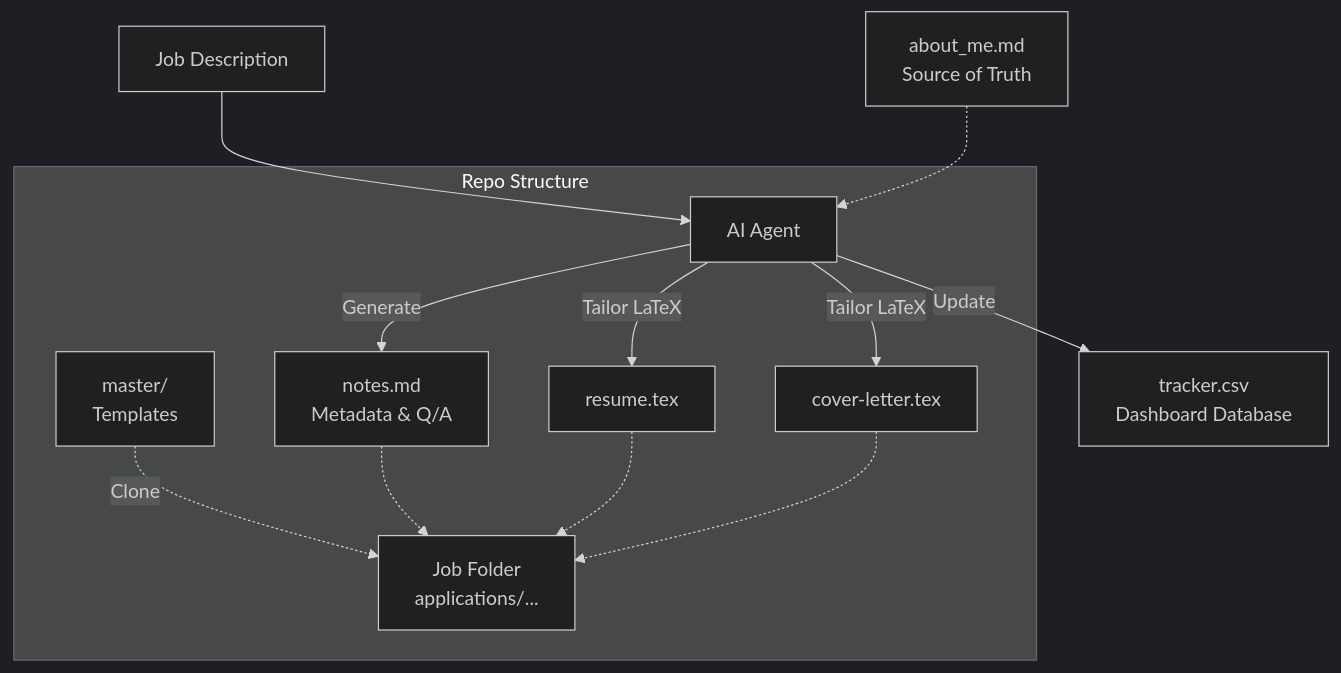
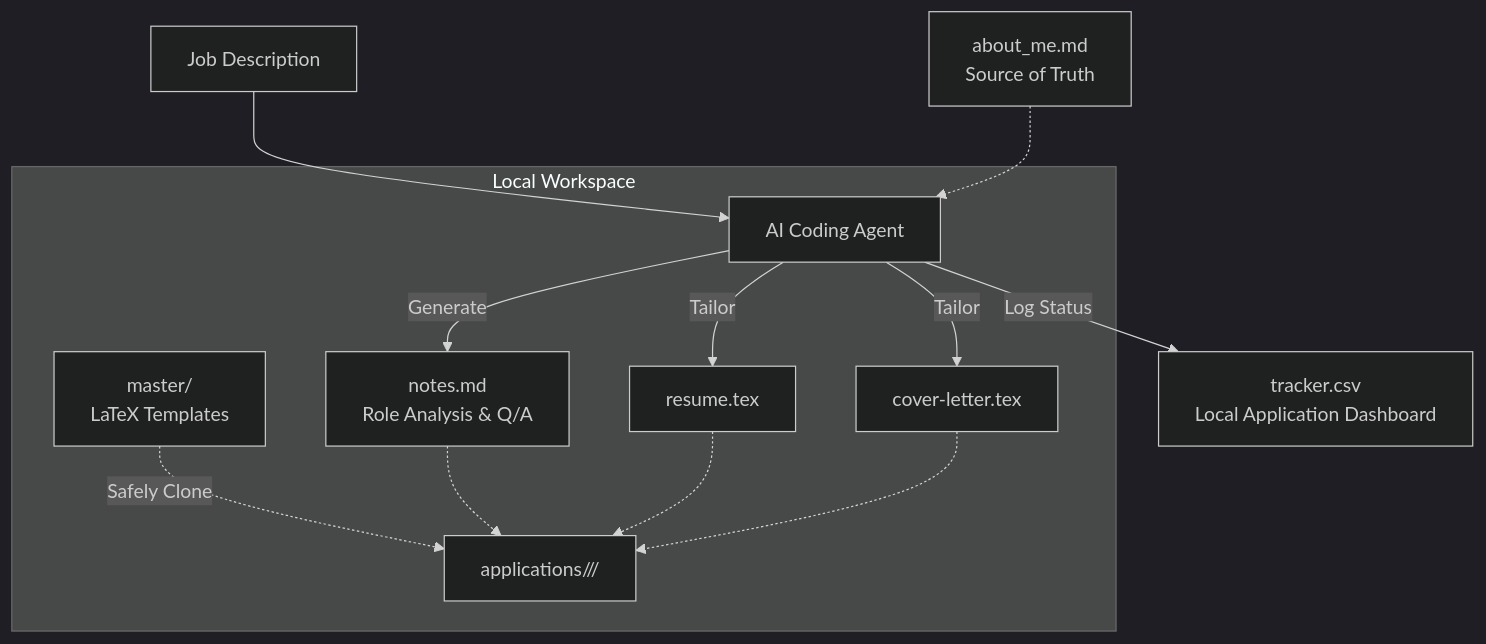
One commit to Chandukasireddy/Resume_Maker_Latex changed the diagram in README.md. Above: the diagram before and after it, drawn with Mermaid (dark theme). The commit also changed other lines of this file and 4 other files, not shown here.

````diff
--- a/README.md
+++ b/README.md
@@ -25,17 +86,17 @@
 ```mermaid
 graph TD
-    JD[Job Description] --> AI[AI Agent]
+    JD[Job Description] --> AI[AI Coding Agent]
     AM[about_me.md \n Source of Truth] -.-> AI
     
-    subgraph Repo Structure
-        MT[master/ \n Templates] -.->|Clone| AF[Job Folder \n applications/...]
-        AI -->|Generate| N[notes.md \n Metadata & Q/A]
-        AI -->|Tailor LaTeX| R[resume.tex]
-        AI -->|Tailor LaTeX| CL[cover-letter.tex]
+    subgraph Local Workspace
+        MT[master/ \n LaTeX Templates] -.->|Safely Clone| AF[applications/<category>/<company-role>/]
+        AI -->|Generate| N[notes.md \n Role Analysis & Q/A]
+        AI -->|Tailor| R[resume.tex]
+        AI -->|Tailor| CL[cover-letter.tex]
         N -.-> AF
         R -.-> AF
         CL -.-> AF
     end
     
-    AI -->|Update| CSV[tracker.csv \n Dashboard Database]
+    AI -->|Log Status| CSV[tracker.csv \n Local Application Dashboard]
 ```
````
